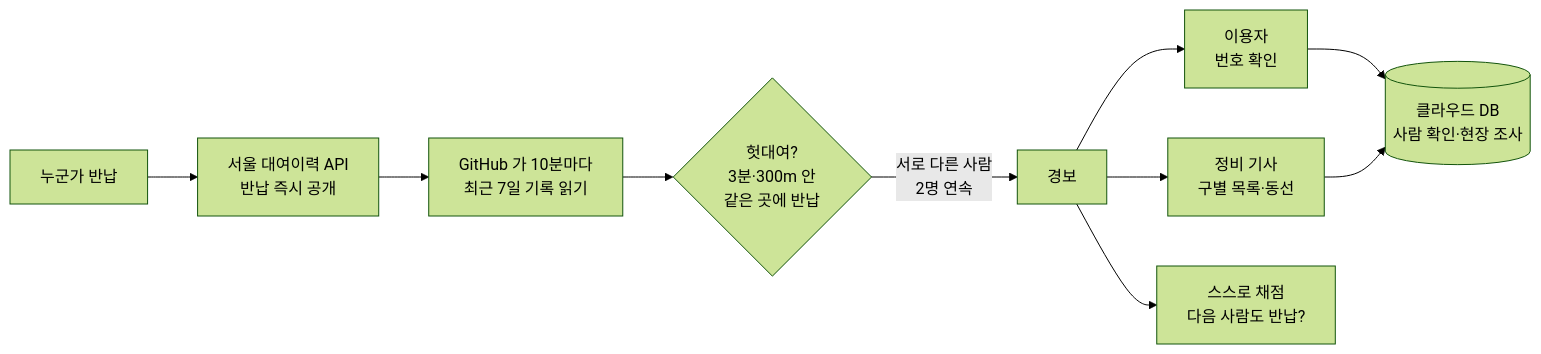
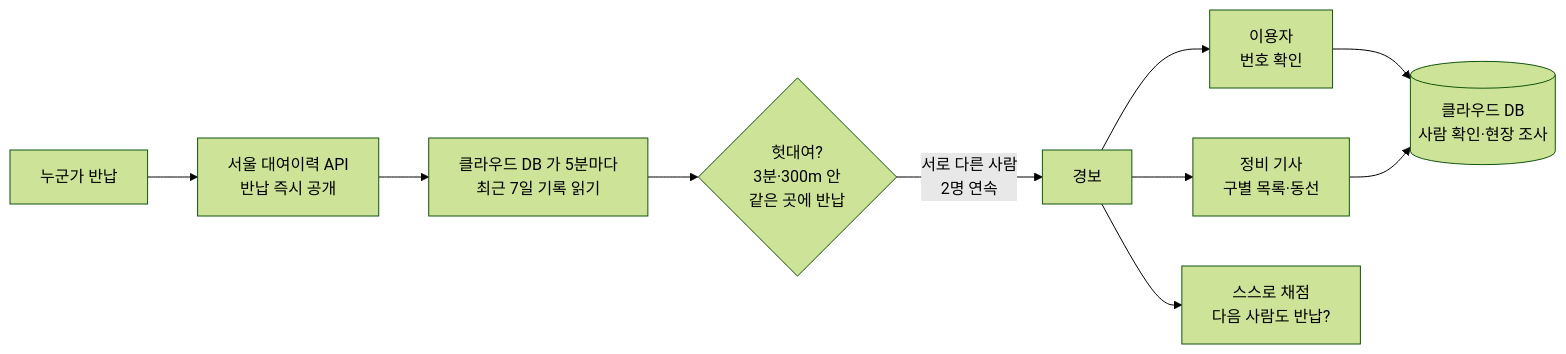
The diagram in README.md (zmflm0110/bike-doctor), drawn with Mermaid (forest theme) before and after one commit. The commit also changed other lines of this file and 20 other files, not shown here.

Commit message:
지금 목록을 Supabase 안에서 5분마다(pg_cron+pg_net → SQL 로 연쇄·경보, 파이썬 엔진과 90대·오늘 경보 56 모두 같음) — GitHub 예약이 몇 시간씩 건너뛰어서. 앱은 맥·Supabase·GitHub 중 가장 새 것, 오프라인에서 받아 둔 날짜만 믿고 멈추던 것 고침, 0.11.0

````diff
--- a/README.md
+++ b/README.md
@@ -44,12 +44,12 @@
 ```mermaid
 flowchart LR
   A[누군가 반납] --> B[서울 대여이력 API<br/>반납 즉시 공개]
-  B --> C[GitHub 가 10분마다<br/>최근 7일 기록 읽기]
+  B --> C[클라우드 DB 가 5분마다<br/>최근 7일 기록 읽기]
   C --> D{헛대여?<br/>3분·300m 안<br/>같은 곳에 반납}
   D -->|서로 다른 사람<br/>2명 연속| E[경보]
   E --> F[이용자<br/>번호 확인]
   E --> G[정비 기사<br/>구별 목록·동선]
   E --> H[스스로 채점<br/>다음 사람도 반납?]
   F --> I[(클라우드 DB<br/>사람 확인·현장 조사)]
   G --> I
 ```
````
